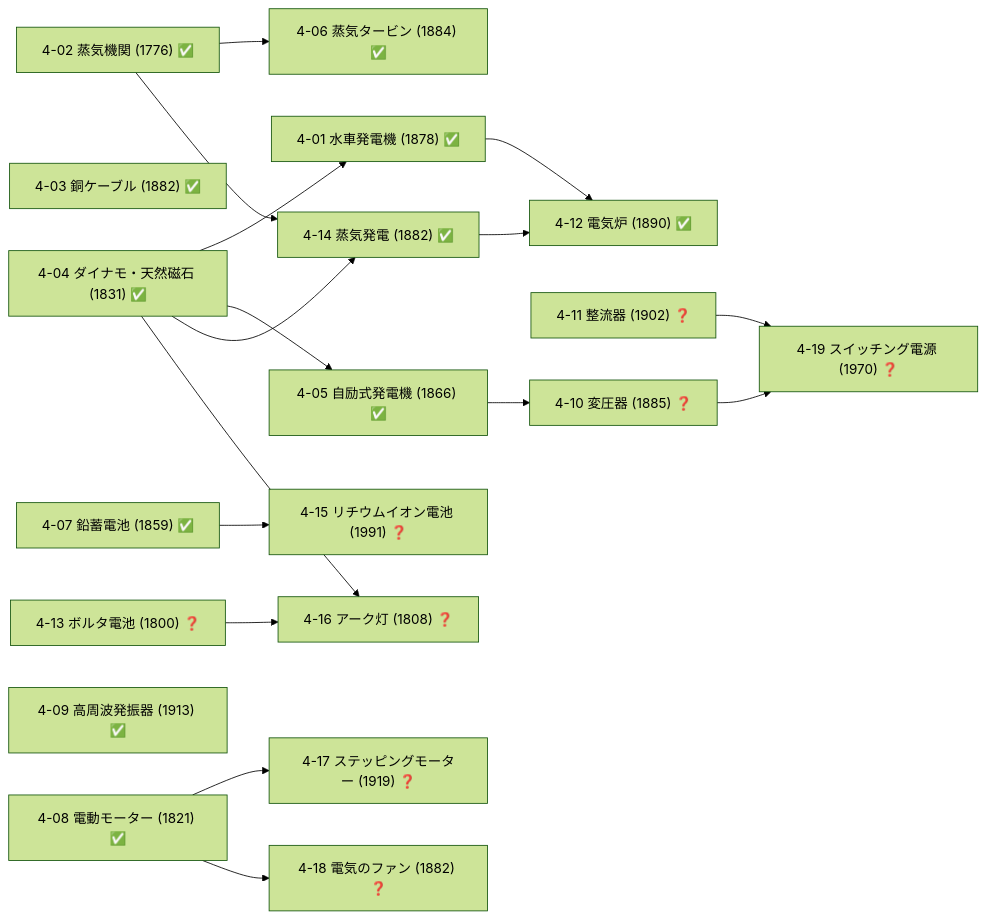
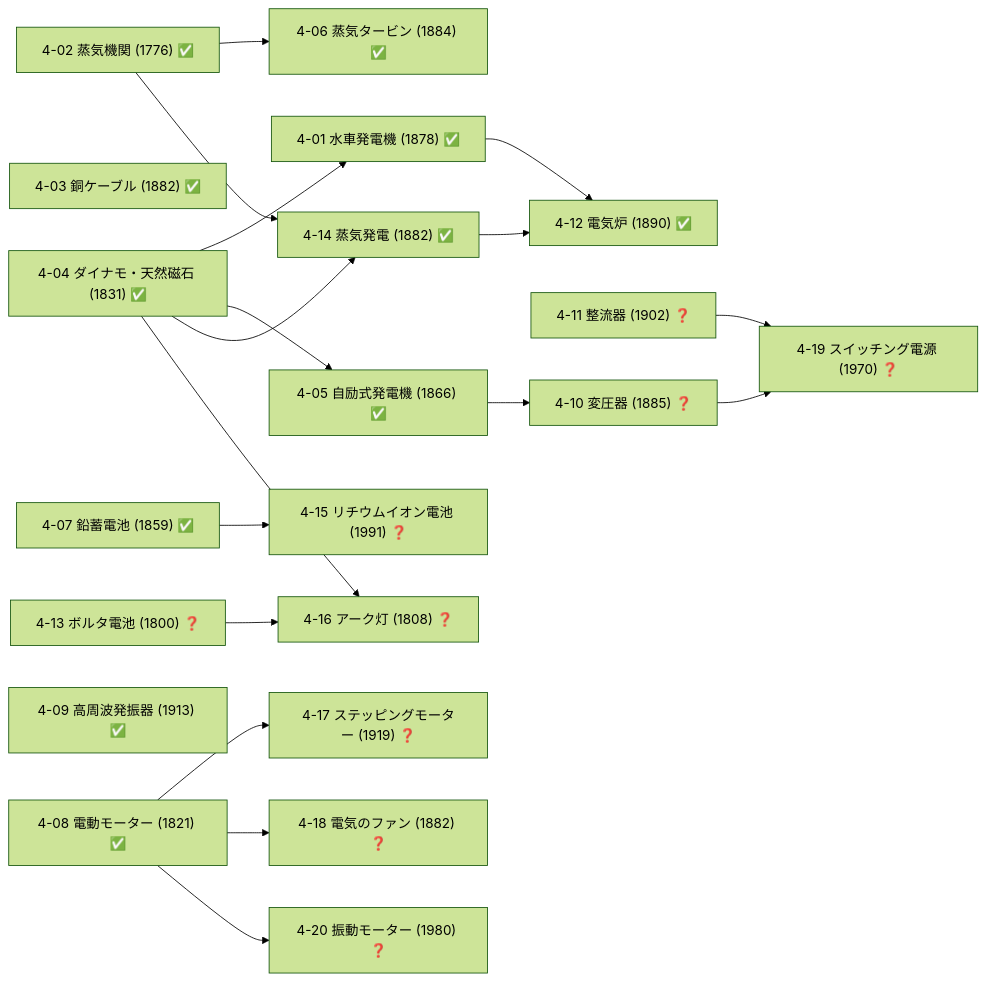
Before and after one commit to taku3i0317-collab/semiconductor-lab: the seventh of 19 diagrams in docs/TECH_TREE_VIEW.md, drawn with Mermaid (forest theme). The commit also changed other lines of this file and 7 other files, not shown here.

````diff
--- a/docs/TECH_TREE_VIEW.md
+++ b/docs/TECH_TREE_VIEW.md
@@ -361,37 +361,39 @@
 ```mermaid
 graph LR
   n4_01["4-01 水車発電機 (1878) ✅"]
   n4_02["4-02 蒸気機関 (1776) ✅"]
   n4_03["4-03 銅ケーブル (1882) ✅"]
   n4_04["4-04 ダイナモ・天然磁石 (1831) ✅"]
   n4_05["4-05 自励式発電機 (1866) ✅"]
   n4_06["4-06 蒸気タービン (1884) ✅"]
   n4_07["4-07 鉛蓄電池 (1859) ✅"]
   n4_08["4-08 電動モーター (1821) ✅"]
   n4_09["4-09 高周波発振器 (1913) ✅"]
   n4_10["4-10 変圧器 (1885) ❓"]
   n4_11["4-11 整流器 (1902) ❓"]
   n4_12["4-12 電気炉 (1890) ✅"]
   n4_13["4-13 ボルタ電池 (1800) ❓"]
   n4_14["4-14 蒸気発電 (1882) ✅"]
   n4_15["4-15 リチウムイオン電池 (1991) ❓"]
   n4_16["4-16 アーク灯 (1808) ❓"]
   n4_17["4-17 ステッピングモーター (1919) ❓"]
   n4_18["4-18 電気のファン (1882) ❓"]
   n4_19["4-19 スイッチング電源 (1970) ❓"]
+  n4_20["4-20 振動モーター (1980) ❓"]
   n4_04-->n4_01
   n4_04-->n4_05
   n4_02-->n4_06
   n4_05-->n4_10
   n4_01-->n4_12
   n4_14-->n4_12
   n4_02-->n4_14
   n4_04-->n4_14
   n4_07-->n4_15
   n4_04-->n4_16
   n4_13-->n4_16
   n4_08-->n4_17
   n4_08-->n4_18
   n4_10-->n4_19
   n4_11-->n4_19
+  n4_08-->n4_20
 ```
````
